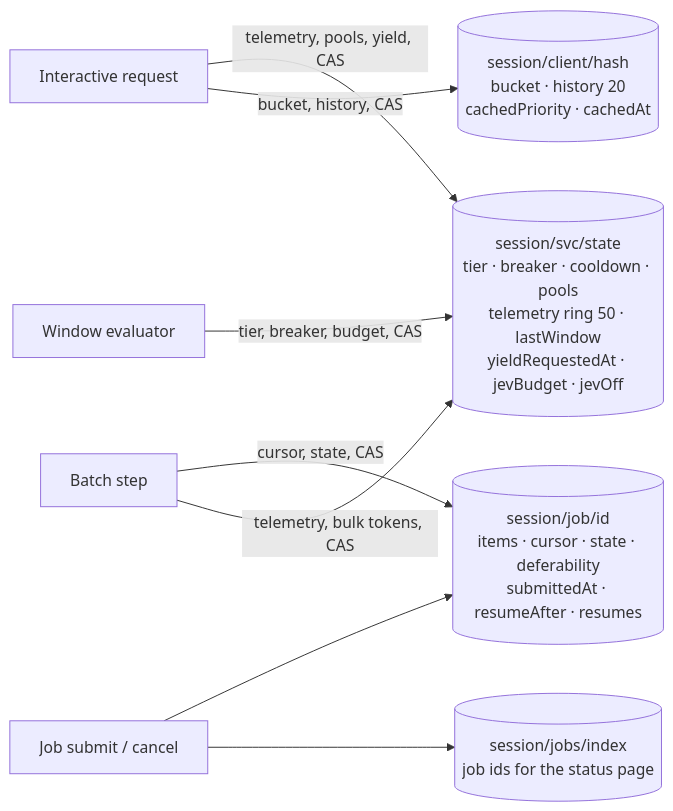
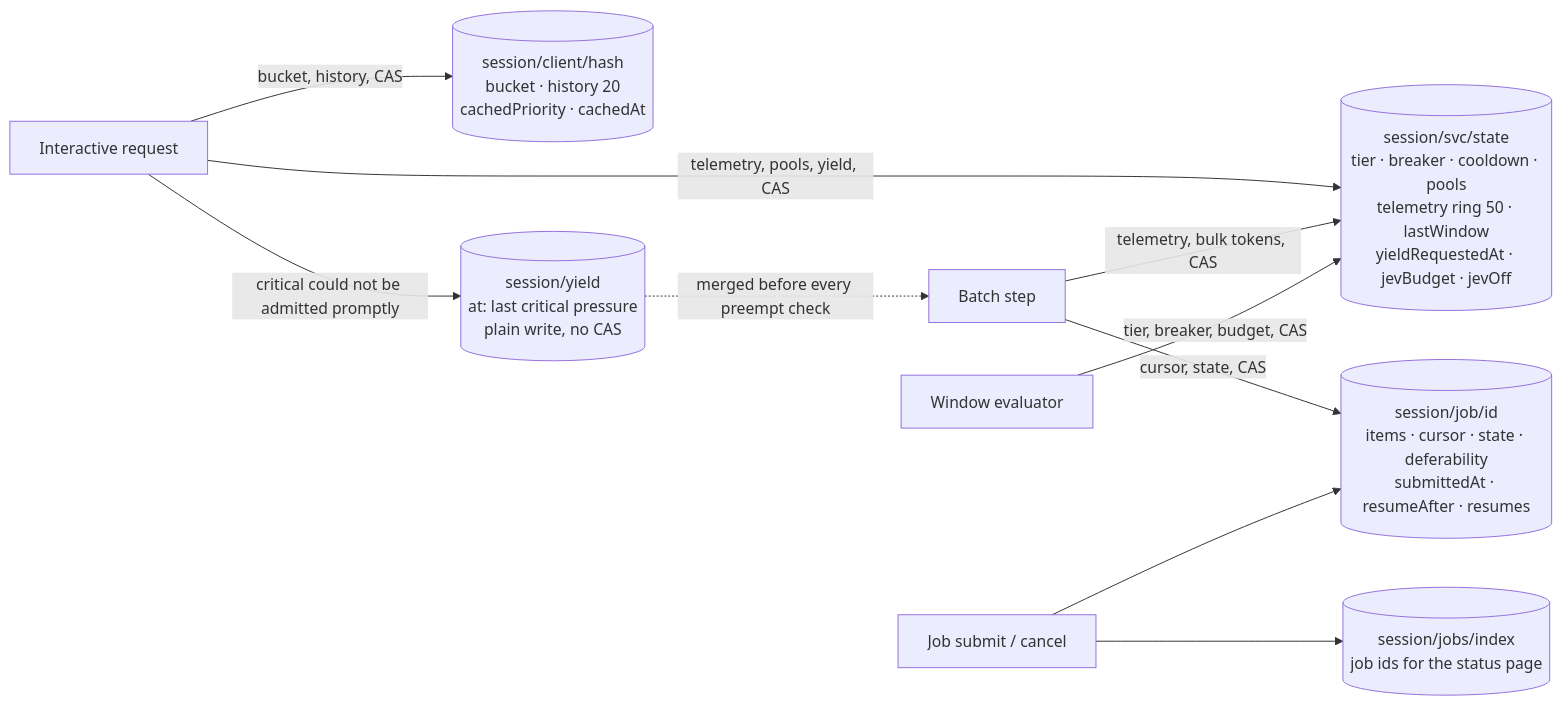
The fourth of 4 diagrams in docs/data-plane.md (bharath-ramaprasad/infra-guardian), drawn with Mermaid before and after one commit. The commit also changed other lines of this file and 34 other files, not shown here.

````diff
--- a/docs/data-plane.md
+++ b/docs/data-plane.md
@@ -99,20 +99,23 @@
 ```mermaid
 flowchart LR
   REQ["Interactive request"]
   STEP["Batch step"]
   EVAL["Window evaluator"]
   SUB["Job submit / cancel"]
 
   SVC[("session/svc/state<br/>tier · breaker · cooldown · pools<br/>telemetry ring 50 · lastWindow<br/>yieldRequestedAt · jevBudget · jevOff")]
   CLI[("session/client/hash<br/>bucket · history 20<br/>cachedPriority · cachedAt")]
   JOB[("session/job/id<br/>items · cursor · state · deferability<br/>submittedAt · resumeAfter · resumes")]
   IDX[("session/jobs/index<br/>job ids for the status page")]
+  YLD[("session/yield<br/>at: last critical pressure<br/>plain write, no CAS")]
 
   REQ -->|telemetry, pools, yield, CAS| SVC
   REQ -->|bucket, history, CAS| CLI
   STEP -->|cursor, state, CAS| JOB
   STEP -->|telemetry, bulk tokens, CAS| SVC
   EVAL -->|tier, breaker, budget, CAS| SVC
   SUB --> JOB
   SUB --> IDX
+  REQ -->|critical could not be admitted promptly| YLD
+  YLD -.->|merged before every preempt check| STEP
 ```
````
